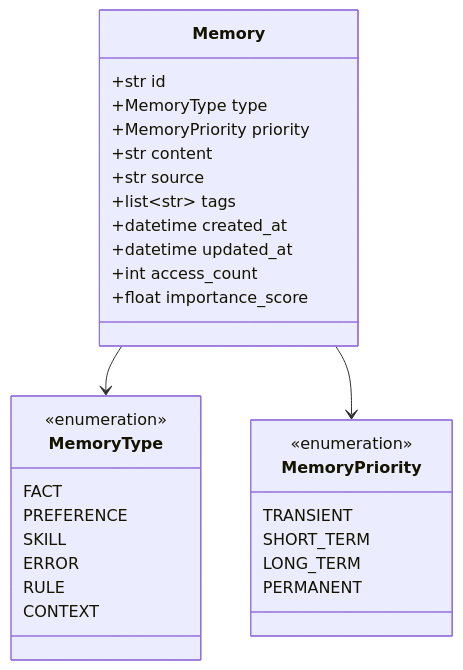
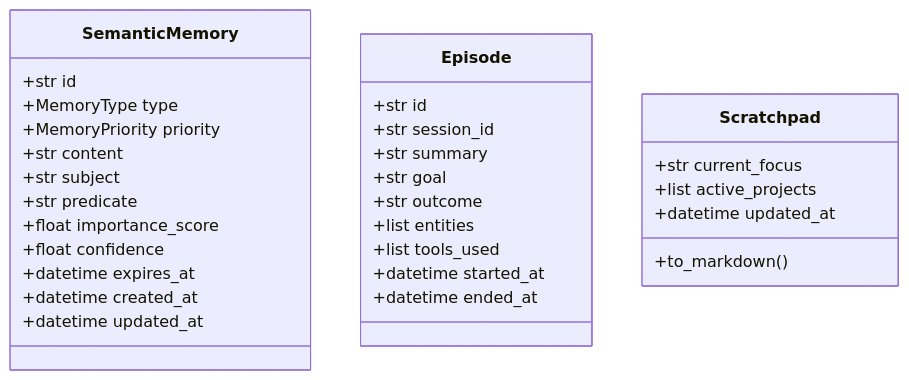
One commit to MaoChen1980/openakita changed the third of 5 diagrams in docs/memory_architecture.md. Above: the diagram before and after it, drawn with Mermaid. The commit also changed other lines of this file and 14 other files, not shown here.

````diff
--- a/docs/memory_architecture.md
+++ b/docs/memory_architecture.md
@@ -88,36 +110,35 @@
 ```mermaid
 classDiagram
-    class Memory {
+    class SemanticMemory {
         +str id
         +MemoryType type
         +MemoryPriority priority
         +str content
-        +str source
-        +list~str~ tags
+        +str subject
+        +str predicate
+        +float importance_score
+        +float confidence
+        +datetime expires_at
         +datetime created_at
         +datetime updated_at
-        +int access_count
-        +float importance_score
     }
-    
-    class MemoryType {
-        <<enumeration>>
-        FACT
-        PREFERENCE
-        SKILL
-        ERROR
-        RULE
-        CONTEXT
+
+    class Episode {
+        +str id
+        +str session_id
+        +str summary
+        +str goal
+        +str outcome
+        +list entities
+        +list tools_used
+        +datetime started_at
+        +datetime ended_at
     }
-    
-    class MemoryPriority {
-        <<enumeration>>
-        TRANSIENT
-        SHORT_TERM
-        LONG_TERM
-        PERMANENT
+
+    class Scratchpad {
+        +str current_focus
+        +list active_projects
+        +datetime updated_at
+        +to_markdown()
     }
-    
-    Memory --> MemoryType
-    Memory --> MemoryPriority
 ```
````
